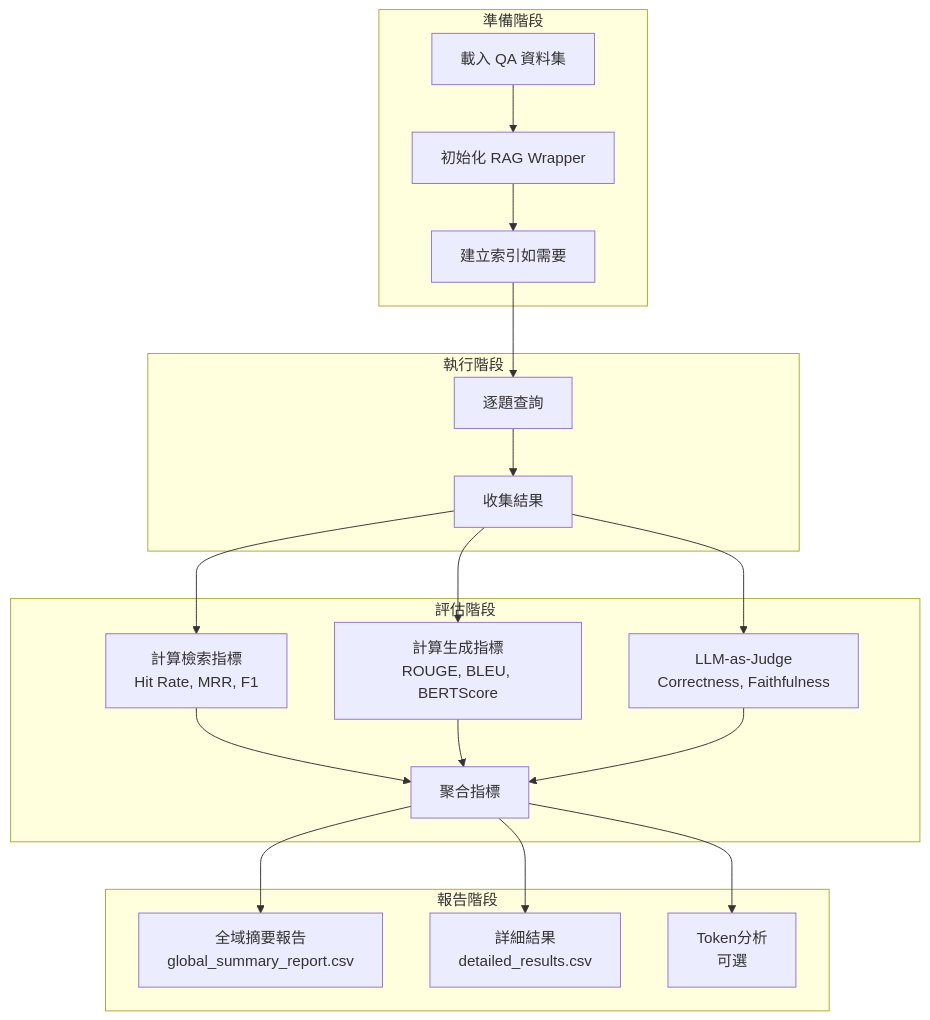
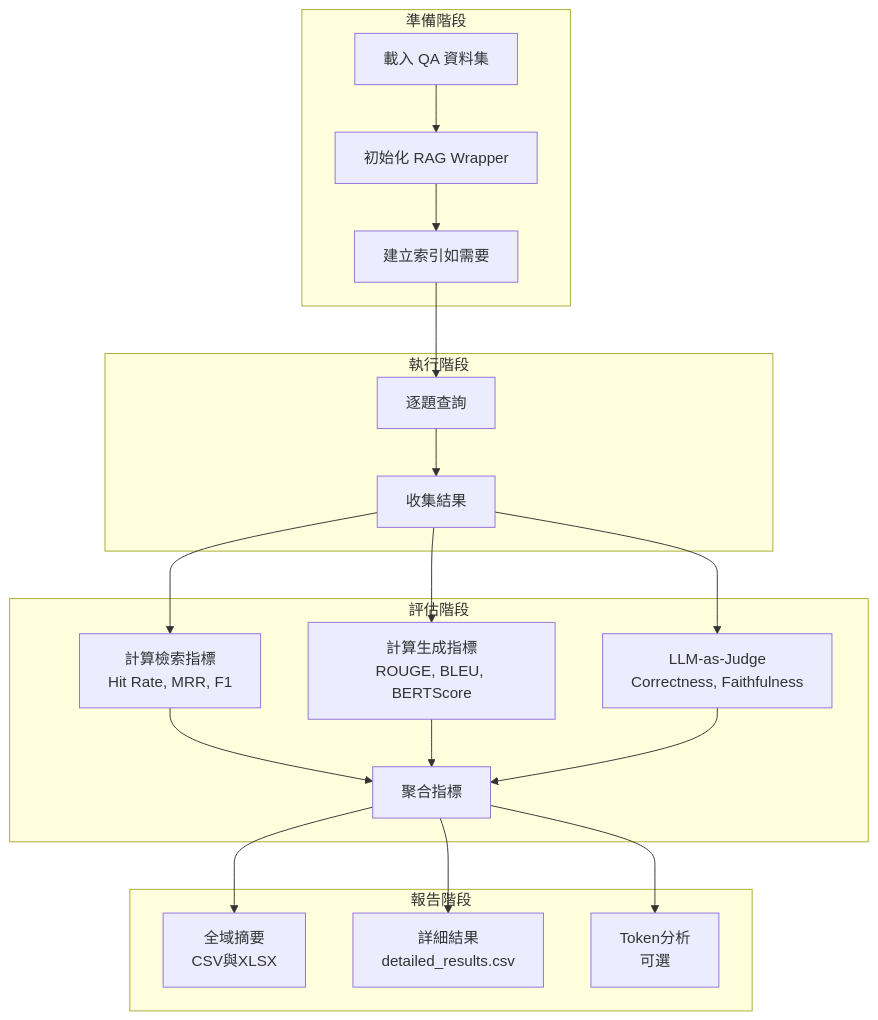
Before and after one commit to Hsuanyu-wang/End_to_End: diagram 21 of 26 in docs/ARCHITECTURE.md, drawn with Mermaid. The commit also changed other lines of this file and 123 other files, not shown here.

````diff
--- a/docs/ARCHITECTURE.md
+++ b/docs/ARCHITECTURE.md
@@ -906,28 +945,28 @@
 ```mermaid
 graph TB
     subgraph preparation[準備階段]
         LoadQA[載入 QA 資料集] --> InitWrapper[初始化 RAG Wrapper]
         InitWrapper --> BuildIndex[建立索引如需要]
     end
     
     subgraph execution[執行階段]
         BuildIndex --> QueryLoop[逐題查詢]
         QueryLoop --> CollectResults[收集結果]
     end
     
     subgraph evaluation[評估階段]
         CollectResults --> CalcRetrieval[計算檢索指標<br/>Hit Rate, MRR, F1]
         CollectResults --> CalcGeneration[計算生成指標<br/>ROUGE, BLEU, BERTScore]
         CollectResults --> CalcLLMJudge[LLM-as-Judge<br/>Correctness, Faithfulness]
         
         CalcRetrieval --> Aggregate[聚合指標]
         CalcGeneration --> Aggregate
         CalcLLMJudge --> Aggregate
     end
     
     subgraph reporting[報告階段]
-        Aggregate --> GlobalReport[全域摘要報告<br/>global_summary_report.csv]
+        Aggregate --> GlobalReport[全域摘要<br/>CSV與XLSX]
         Aggregate --> DetailedReport[詳細結果<br/>detailed_results.csv]
         Aggregate --> TokenAnalysis[Token分析<br/>可選]
     end
 ```
````
